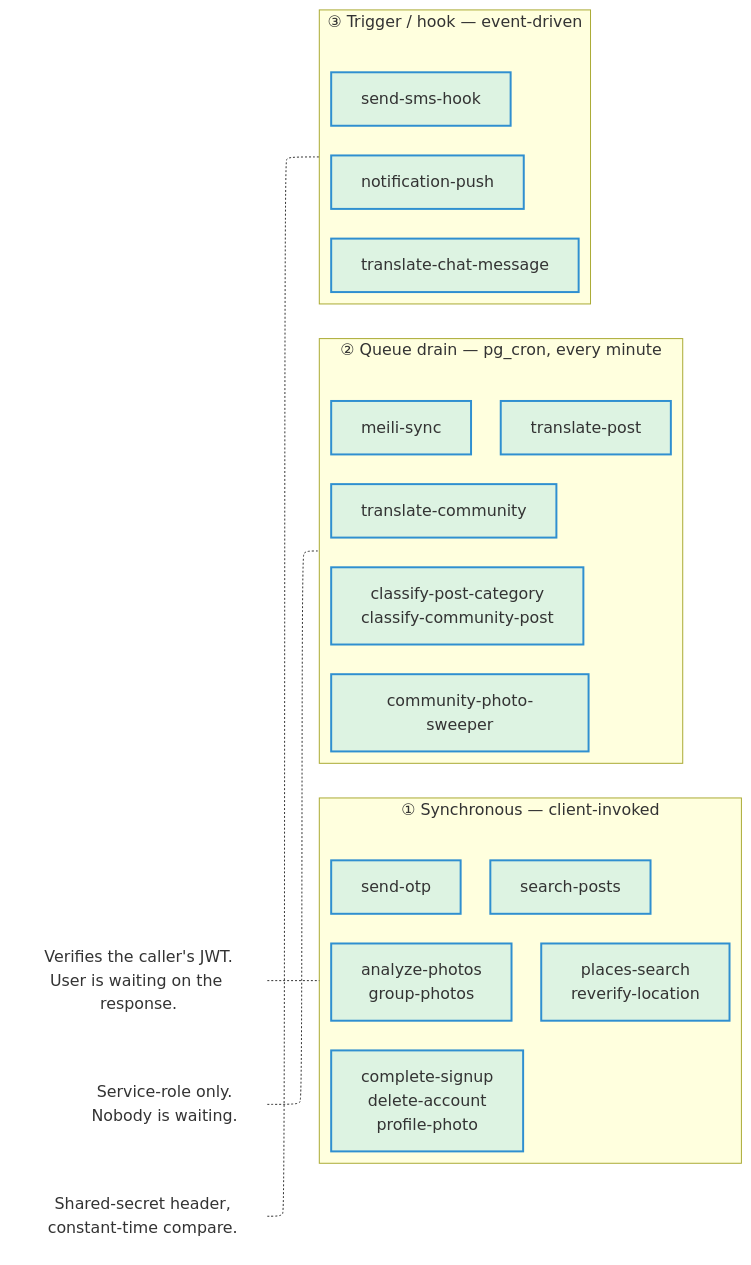
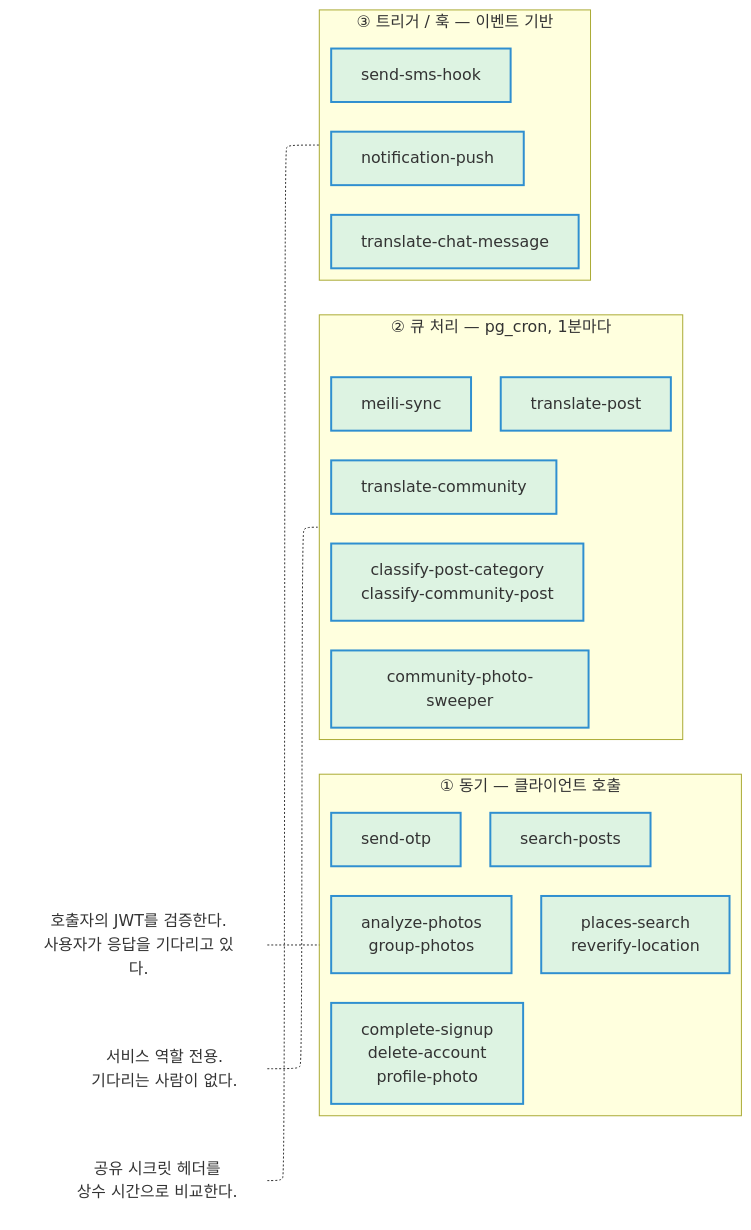
Before and after one commit to PopOut-Market/popout-docs: the second of 6 diagrams in docs/engineering/architecture.md, drawn with Mermaid. The commit also changed other lines of this file and 45 other files, not shown here.

````diff
--- a/docs/engineering/architecture.md
+++ b/docs/engineering/architecture.md
@@ -77,37 +77,37 @@
 ```mermaid
 %%{init: {"layout": "elk"}}%%
 flowchart LR
-    subgraph sync["① Synchronous — client-invoked"]
+    subgraph sync["① 동기 — 클라이언트 호출"]
         direction TB
         s1["send-otp"]
         s2["search-posts"]
         s3["analyze-photos<br/>group-photos"]
         s4["places-search<br/>reverify-location"]
         s5["complete-signup<br/>delete-account<br/>profile-photo"]
     end
 
-    subgraph drain["② Queue drain — pg_cron, every minute"]
+    subgraph drain["② 큐 처리 — pg_cron, 1분마다"]
         direction TB
         d1["translate-post"]
         d2["translate-community"]
         d3["meili-sync"]
         d4["classify-post-category<br/>classify-community-post"]
         d5["community-photo-sweeper"]
     end
 
-    subgraph hook["③ Trigger / hook — event-driven"]
+    subgraph hook["③ 트리거 / 훅 — 이벤트 기반"]
         direction TB
         h1["send-sms-hook"]
         h2["notification-push"]
         h3["translate-chat-message"]
     end
 
-    a["Verifies the caller's JWT.<br/>User is waiting on the response."] -.- sync
-    b["Service-role only.<br/>Nobody is waiting."] -.- drain
-    c["Shared-secret header,<br/>constant-time compare."] -.- hook
+    a["호출자의 JWT를 검증한다.<br/>사용자가 응답을 기다리고 있다."] -.- sync
+    b["서비스 역할 전용.<br/>기다리는 사람이 없다."] -.- drain
+    c["공유 시크릿 헤더를<br/>상수 시간으로 비교한다."] -.- hook
 
     classDef edge fill:#00a6f422,stroke:#2f8fd0,stroke-width:2px
     classDef note fill:none,stroke:none
     class s1,s2,s3,s4,s5,d1,d2,d3,d4,d5,h1,h2,h3 edge
     class a,b,c note
 ```
````
